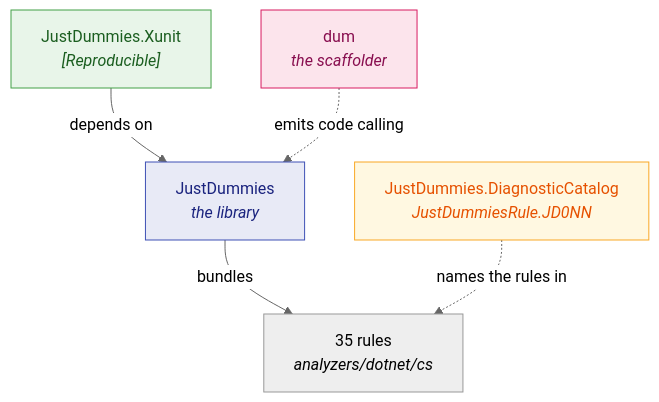
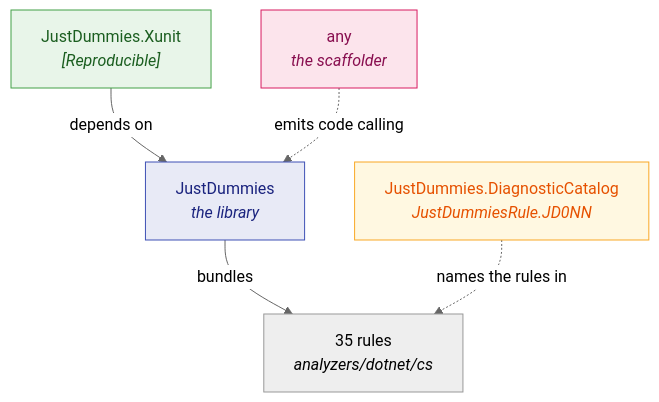
One commit to Reefact/just-dummies changed the diagram in doc/handwritten/for-users/packages/README.md. Above: the diagram before and after it, drawn with Mermaid (neutral theme). The commit also changed other lines of this file and 85 other files, not shown here.

First line of the commit message:
feat(cli)!: rename the scaffolder command from dum to any

````diff
--- a/doc/handwritten/for-users/packages/README.md
+++ b/doc/handwritten/for-users/packages/README.md
@@ -18,14 +18,14 @@
 ```mermaid
 flowchart TD
     accTitle: How the four packages relate
-    accDescr: JustDummies, the library, bundles the 35 rules under analyzers/dotnet/cs. JustDummies.Xunit depends on the library. JustDummies.DiagnosticCatalog names those rules without depending on them, and dum, the scaffolder, emits code calling the library.
+    accDescr: JustDummies, the library, bundles the 35 rules under analyzers/dotnet/cs. JustDummies.Xunit depends on the library. JustDummies.DiagnosticCatalog names those rules without depending on them, and any, the scaffolder, emits code calling the library.
     L["JustDummies<br/><i>the library</i>"] -->|"bundles"| A["35 rules<br/><i>analyzers/dotnet/cs</i>"]
     X["JustDummies.Xunit<br/><i>[Reproducible]</i>"] -->|"depends on"| L
     C["JustDummies.DiagnosticCatalog<br/><i>JustDummiesRule.JD0NN</i>"]
     C -.->|"names the rules in"| A
-    D["dum<br/><i>the scaffolder</i>"] -.->|"emits code calling"| L
+    D["any<br/><i>the scaffolder</i>"] -.->|"emits code calling"| L
     style L fill:#e8eaf6,stroke:#3f51b5,color:#1a237e
     style X fill:#e8f5e9,stroke:#43a047,color:#1b5e20
     style C fill:#fff8e1,stroke:#f9a825,color:#e65100
     style D fill:#fce4ec,stroke:#d81b60,color:#880e4f
 ```
````
